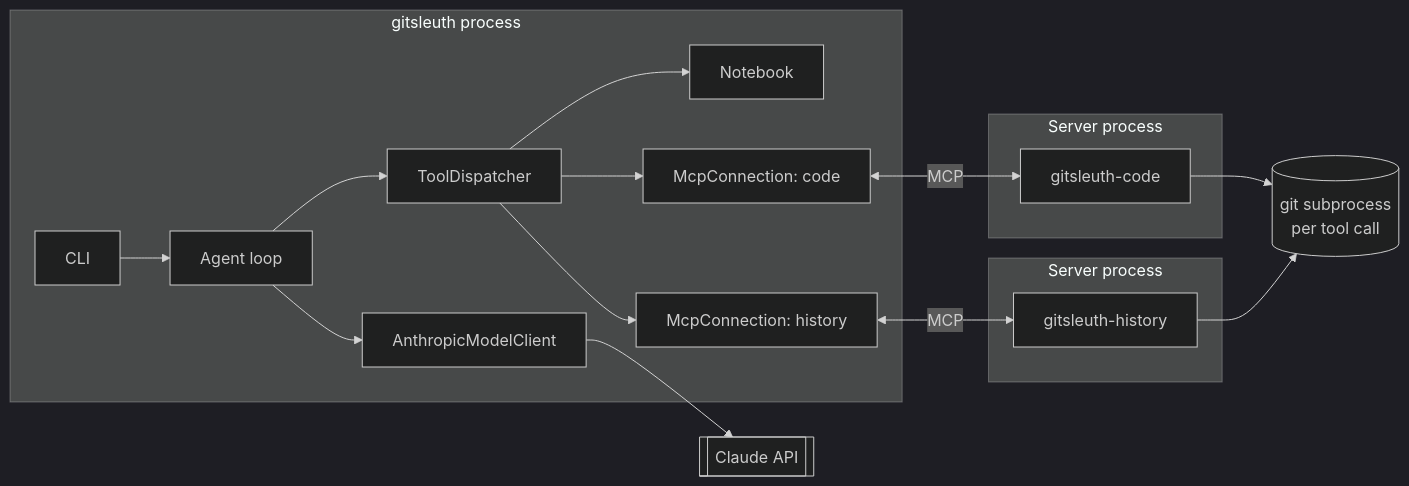
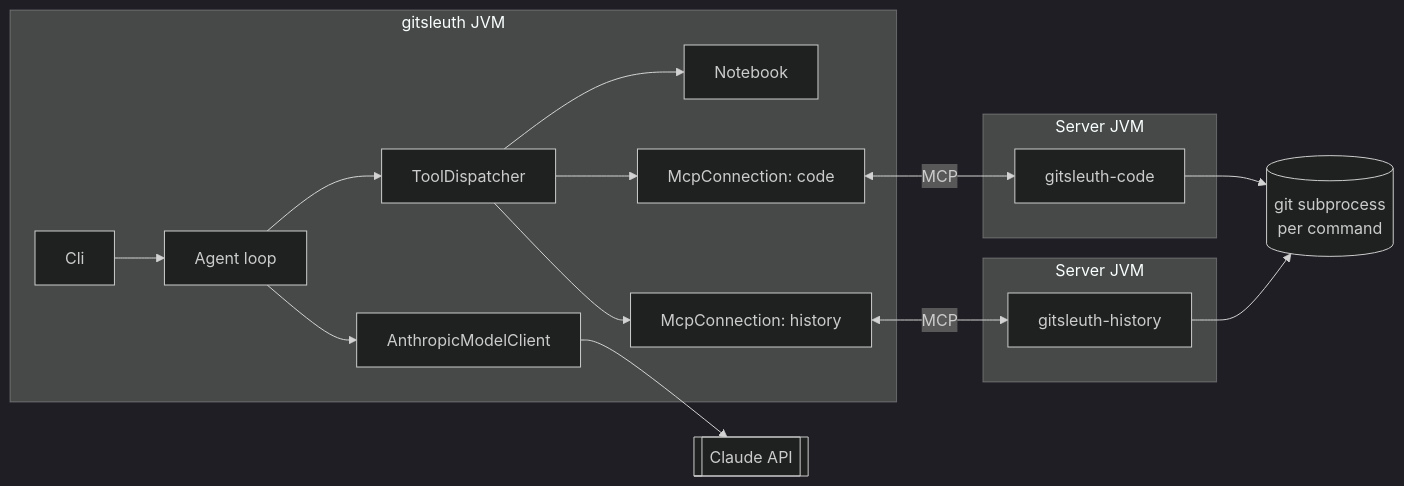
One commit to ABHI-742/gitsleuth changed the second of 2 diagrams in docs/architecture.md. Above: the diagram before and after it, drawn with Mermaid (dark theme). The commit also changed other lines of this file and 62 other files, not shown here.

````diff
--- a/docs/architecture.md
+++ b/docs/architecture.md
@@ -35,32 +35,32 @@
 ```mermaid
 flowchart LR
-    subgraph Host["gitsleuth process"]
-        CLI[CLI]
+    subgraph Host["gitsleuth JVM"]
+        CLI[Cli]
         Agent[Agent loop]
         Model[AnthropicModelClient]
         Dispatcher[ToolDispatcher]
         Notebook[Notebook]
         Code[McpConnection: code]
         History[McpConnection: history]
     end
-    subgraph P1["Server process"]
+    subgraph P1["Server JVM"]
         CodeServer["gitsleuth-code"]
     end
-    subgraph P2["Server process"]
+    subgraph P2["Server JVM"]
         HistoryServer["gitsleuth-history"]
     end
-    Git[("git subprocess<br/>per tool call")]
+    Git[("git subprocess<br/>per command")]
     Claude[[Claude API]]
 
     CLI --> Agent
     Agent --> Model
     Model --> Claude
     Agent --> Dispatcher
     Dispatcher --> Notebook
     Dispatcher --> Code
     Dispatcher --> History
     Code <-->|"MCP"| CodeServer
     History <-->|"MCP"| HistoryServer
     CodeServer --> Git
     HistoryServer --> Git
 ```
````
